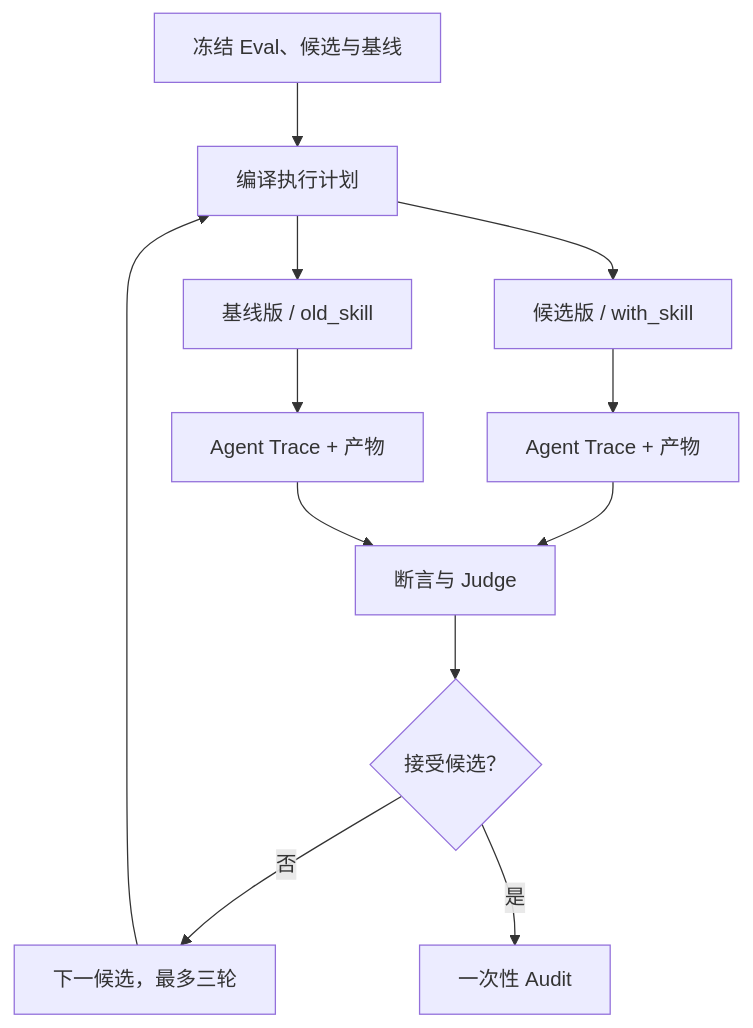
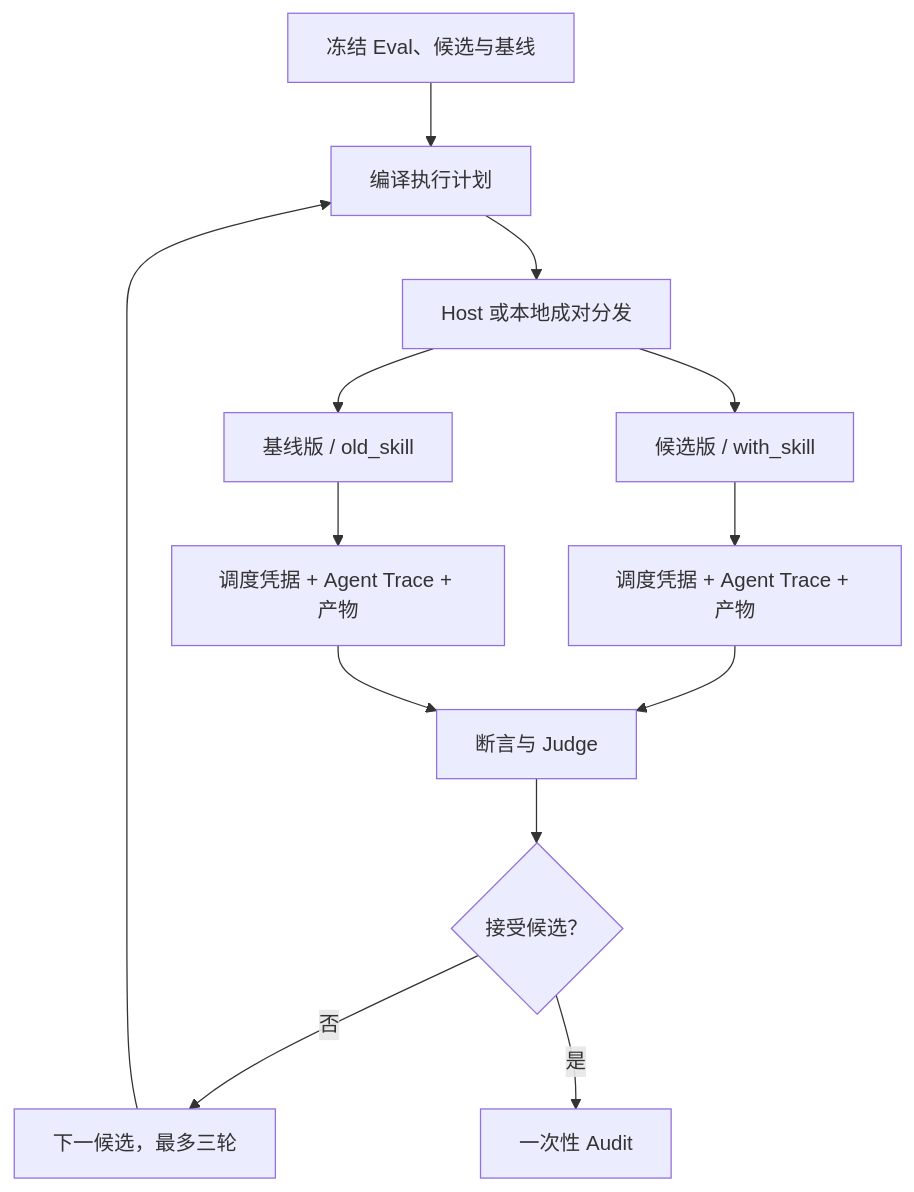
Before and after one commit to Nirvana-Jie/skill-reviewer: the second of 2 diagrams in README.zh-CN.md, drawn with Mermaid. The commit also changed other lines of this file and 36 other files, not shown here.

````diff
--- a/README.zh-CN.md
+++ b/README.zh-CN.md
@@ -99,14 +102,15 @@
 ```mermaid
 flowchart TB
     M["冻结 Eval、候选与基线"] --> C["编译执行计划"]
-    C --> W["候选版 / with_skill"]
-    C --> O["基线版 / old_skill"]
-    W --> T1["Agent Trace + 产物"]
-    O --> T2["Agent Trace + 产物"]
+    C --> D["Host 或本地成对分发"]
+    D --> W["候选版 / with_skill"]
+    D --> O["基线版 / old_skill"]
+    W --> T1["调度凭据 + Agent Trace + 产物"]
+    O --> T2["调度凭据 + Agent Trace + 产物"]
     T1 --> G["断言与 Judge"]
     T2 --> G
     G --> P{"接受候选？"}
     P -- "否" --> N["下一候选，最多三轮"]
     N --> C
     P -- "是" --> A["一次性 Audit"]
 ```
````
